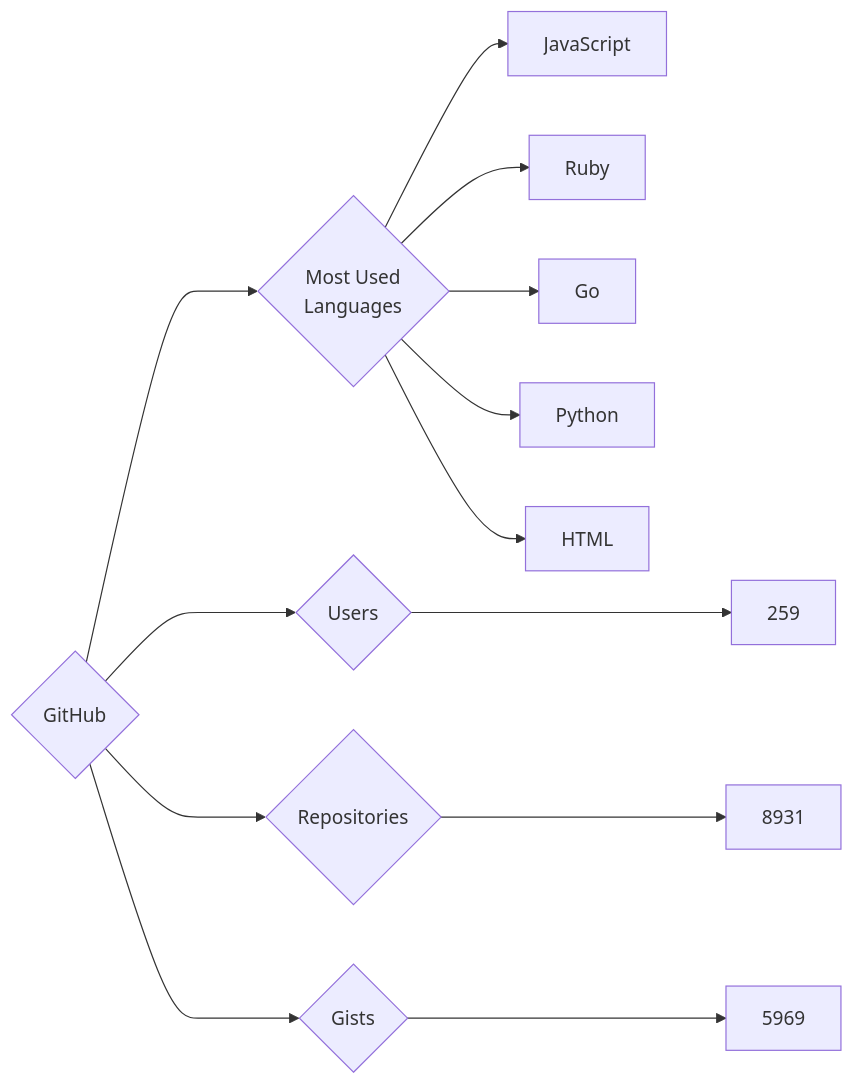
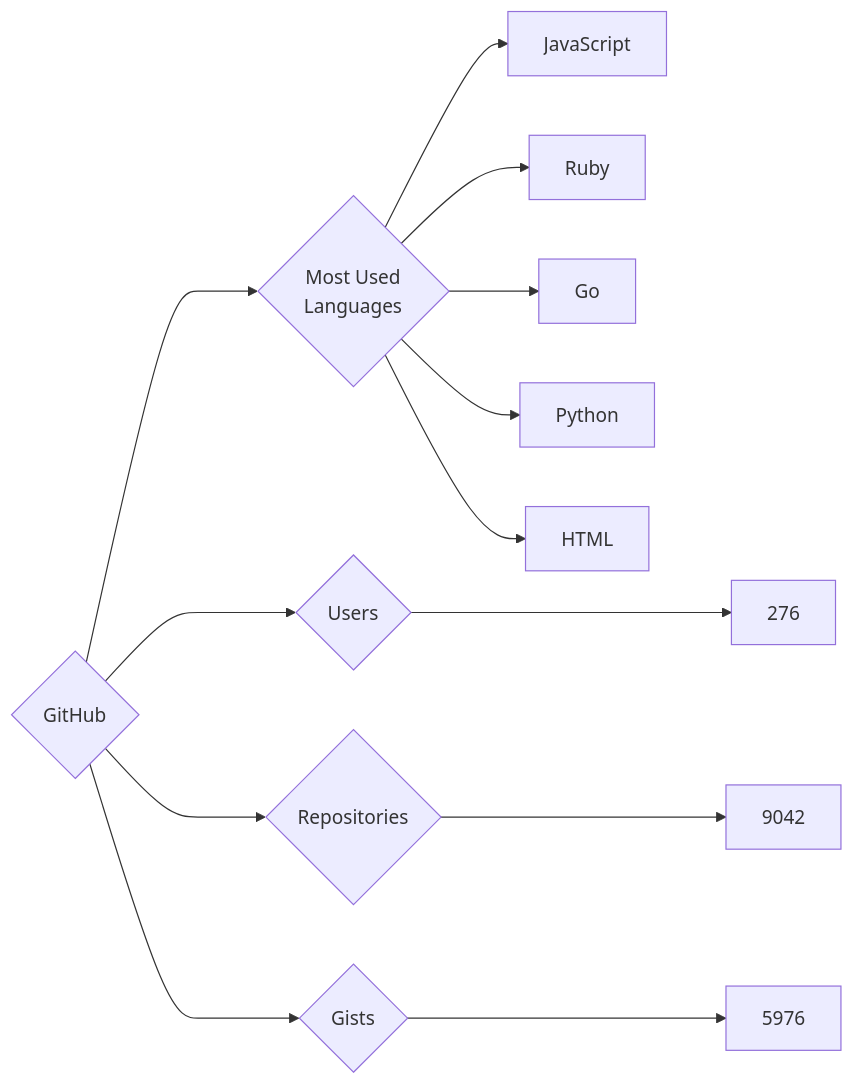
The diagram in targets/GitHub/README.md (trickest/insiders), drawn with Mermaid before and after one commit. The commit also changed 1314 other files, not shown here.

````diff
--- a/targets/GitHub/README.md
+++ b/targets/GitHub/README.md
@@ -3,13 +3,13 @@
 ```mermaid
 graph LR
 COMPANY_NAME{GitHub}
-COMPANY_NAME ---> U{Users} ---> UN[259]
-COMPANY_NAME ---> R{Repositories} ---> RN[8931]
-COMPANY_NAME ---> G{Gists} ---> GN[5969]
+COMPANY_NAME ---> U{Users} ---> UN[276]
+COMPANY_NAME ---> R{Repositories} ---> RN[9042]
+COMPANY_NAME ---> G{Gists} ---> GN[5976]
 COMPANY_NAME ---> ML{Most Used<br>Languages}
 ML --> JavaScript[JavaScript]
 ML --> Ruby[Ruby]
 ML --> Go[Go]
 ML --> Python[Python]
 ML --> HTML[HTML]
 ```
````
